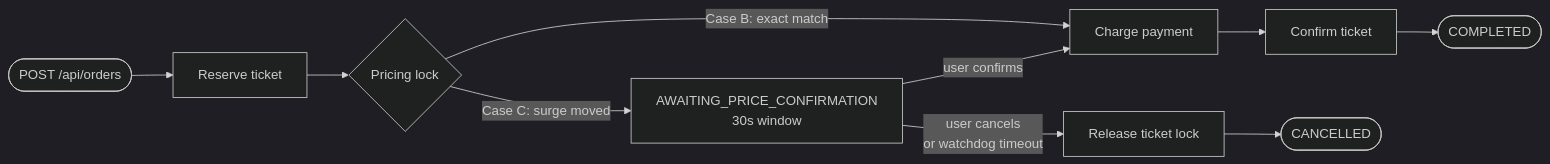
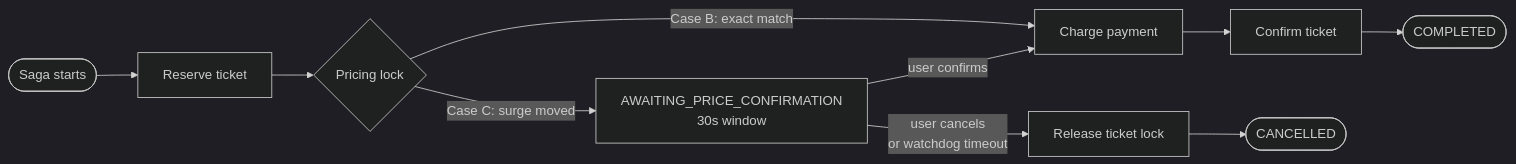
The second of 2 diagrams in README.md (xol60/ticketing-platform), drawn with Mermaid (dark theme) before and after one commit. The commit also changed other lines of this file and 1 other file, not shown here.

````diff
--- a/README.md
+++ b/README.md
@@ -279,12 +317,12 @@
 ```mermaid
 flowchart LR
-    Start([POST /api/orders]) --> Reserve[Reserve ticket]
+    Start([Saga starts]) --> Reserve[Reserve ticket]
     Reserve --> Lock{Pricing lock}
     Lock -->|Case B: exact match| Pay[Charge payment]
     Lock -->|Case C: surge moved| Wait[AWAITING_PRICE_CONFIRMATION<br/>30s window]
     Wait -->|user confirms| Pay
     Wait -->|user cancels<br/>or watchdog timeout| Comp[Release ticket lock]
     Pay --> Confirm[Confirm ticket]
     Confirm --> Done([COMPLETED])
     Comp --> Cancel([CANCELLED])
 ```
````
